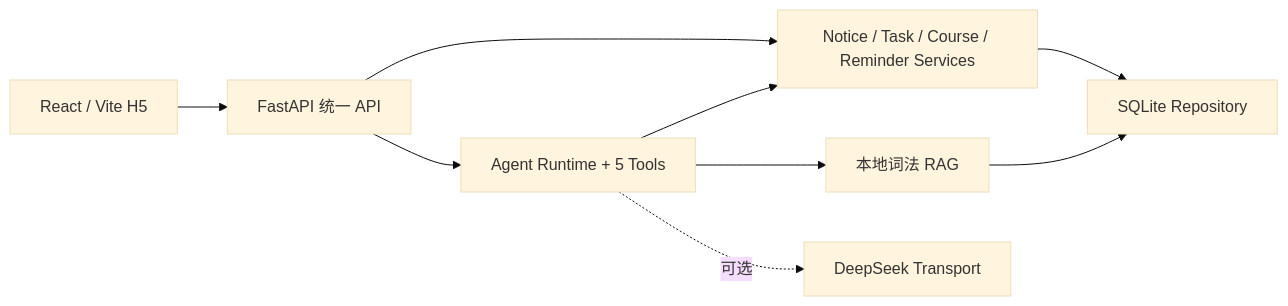
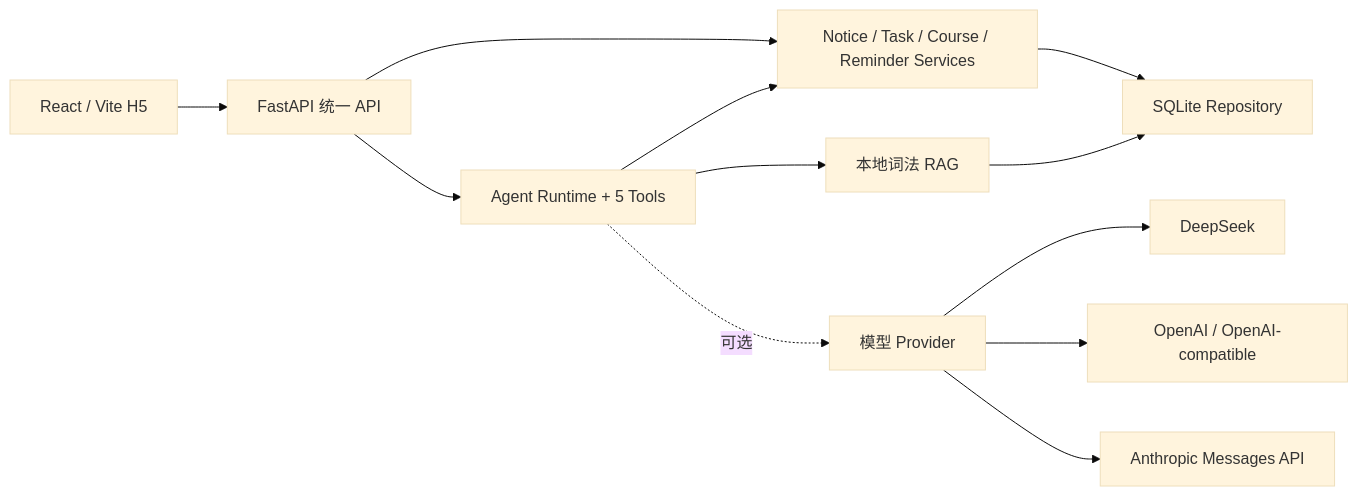
One commit to yee01001100/CampusMind-AI changed the diagram in README.md. Above: the diagram before and after it, drawn with Mermaid (base theme). The commit also changed other lines of this file and 11 other files, not shown here.

Commit message:
feat: support OpenAI and Anthropic providers

````diff
--- a/README.md
+++ b/README.md
@@ -49,11 +49,14 @@
 ```mermaid
 flowchart LR
     Web["React / Vite H5"] --> API["FastAPI 统一 API"]
     API --> Services["Notice / Task / Course / Reminder Services"]
     API --> Runtime["Agent Runtime + 5 Tools"]
     Runtime --> Services
     Services --> SQLite["SQLite Repository"]
     Runtime --> RAG["本地词法 RAG"]
     RAG --> SQLite
-    Runtime -. "可选" .-> DeepSeek["DeepSeek Transport"]
+    Runtime -. "可选" .-> Providers["模型 Provider"]
+    Providers --> DeepSeek["DeepSeek"]
+    Providers --> OpenAI["OpenAI / OpenAI-compatible"]
+    Providers --> Anthropic["Anthropic Messages API"]
 ```
````
